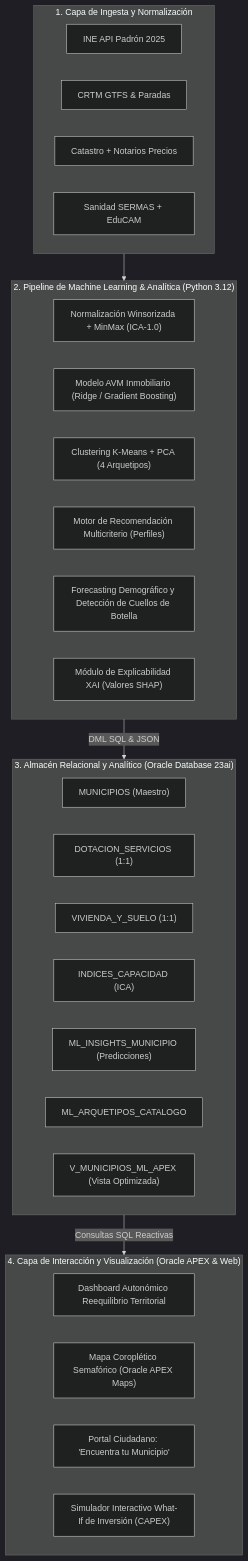
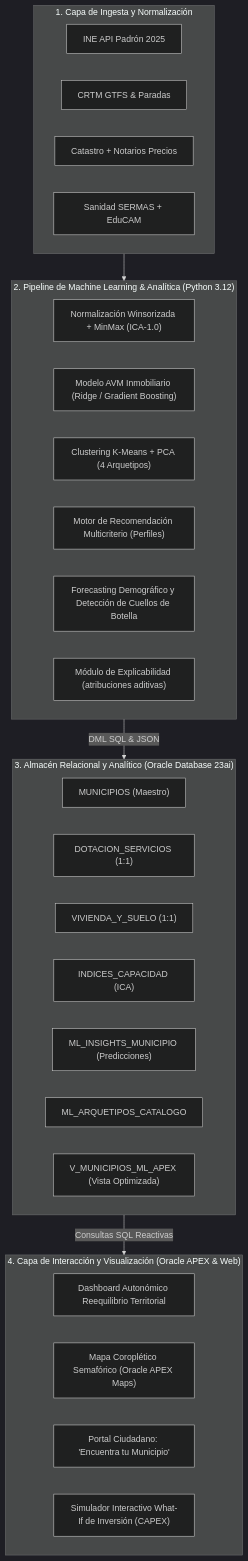
One commit to AlejandroCuntin/DatathonLodCoreMadrid changed the diagram in docs/ENTREGABLE_FASE1_PROPUESTA_DISENO_E_IMPLEMENTACION.md. Above: the diagram before and after it, drawn with Mermaid (dark theme). The commit also changed other lines of this file and 82 other files, not shown here.

````diff
--- a/docs/ENTREGABLE_FASE1_PROPUESTA_DISENO_E_IMPLEMENTACION.md
+++ b/docs/ENTREGABLE_FASE1_PROPUESTA_DISENO_E_IMPLEMENTACION.md
@@ -59,39 +59,39 @@
 ```mermaid
 flowchart TD
     subgraph Capa1 ["1. Capa de Ingesta y Normalización"]
         I1["INE API Padrón 2025"]
         I2["CRTM GTFS & Paradas"]
         I3["Catastro + Notarios Precios"]
         I4["Sanidad SERMAS + EduCAM"]
     end
 
     subgraph Capa2 ["2. Pipeline de Machine Learning & Analítica (Python 3.12)"]
         ML1["Normalización Winsorizada + MinMax (ICA-1.0)"]
         ML2["Modelo AVM Inmobiliario (Ridge / Gradient Boosting)"]
         ML3["Clustering K-Means + PCA (4 Arquetipos)"]
         ML4["Motor de Recomendación Multicriterio (Perfiles)"]
         ML5["Forecasting Demográfico y Detección de Cuellos de Botella"]
-        ML6["Módulo de Explicabilidad XAI (Valores SHAP)"]
+        ML6["Módulo de Explicabilidad (atribuciones aditivas)"]
     end
 
     subgraph Capa3 ["3. Almacén Relacional y Analítico (Oracle Database 23ai)"]
         DB1["MUNICIPIOS (Maestro)"]
         DB2["DOTACION_SERVICIOS (1:1)"]
         DB3["VIVIENDA_Y_SUELO (1:1)"]
         DB4["INDICES_CAPACIDAD (ICA)"]
         DB5["ML_INSIGHTS_MUNICIPIO (Predicciones)"]
         DB6["ML_ARQUETIPOS_CATALOGO"]
         DB7["V_MUNICIPIOS_ML_APEX (Vista Optimizada)"]
     end
 
     subgraph Capa4 ["4. Capa de Interacción y Visualización (Oracle APEX & Web)"]
         UI1["Dashboard Autonómico Reequilibrio Territorial"]
         UI2["Mapa Coroplético Semafórico (Oracle APEX Maps)"]
         UI3["Portal Ciudadano: 'Encuentra tu Municipio'"]
         UI4["Simulador Interactivo What-If de Inversión (CAPEX)"]
     end
 
     Capa1 --> Capa2
     Capa2 -->|DML SQL & JSON| Capa3
     Capa3 -->|Consultas SQL Reactivas| Capa4
 ```
````
